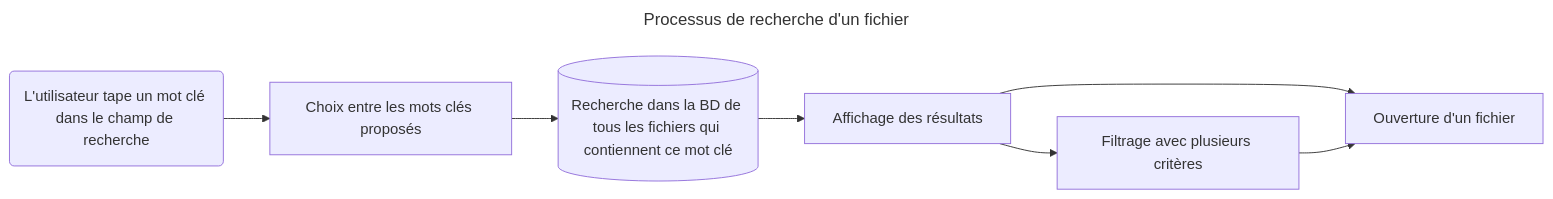
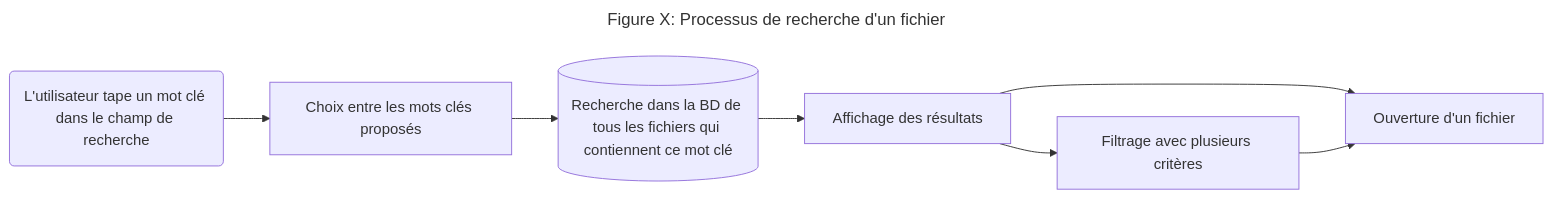
Before and after one commit to Zbebz/caverne-dAli-baba: the fourth of 4 diagrams in rapport.md, drawn with Mermaid. The commit also changed other lines of this file, not shown here.

````diff
--- a/rapport.md
+++ b/rapport.md
@@ -218,8 +257,8 @@
 ```mermaid
 ---
-title: Processus de recherche d'un fichier
+title: "Figure X: Processus de recherche d'un fichier"
 ---
 flowchart LR
 id1("`L'utilisateur tape un mot clé dans le champ de recherche`")-->id2[Choix entre les mots clés proposés]-->id3[("`Recherche dans la BD de tous les fichiers qui contiennent ce mot clé`")]-->id4["`Affichage des résultats`" ]-->id5["`Ouverture d'un fichier`" ]
 id4-->id6["`Filtrage avec plusieurs critères`" ]-->id5
 ```
````
